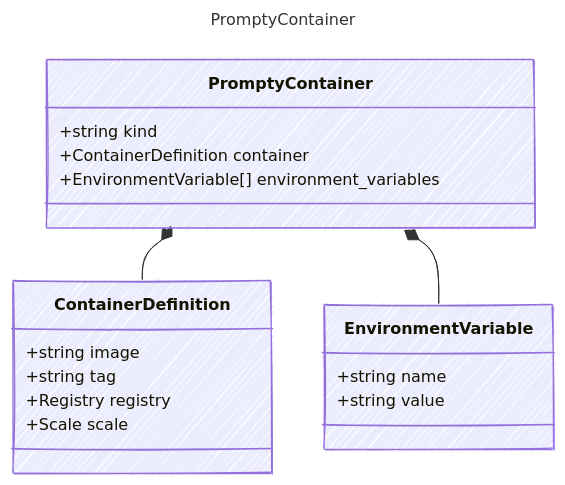
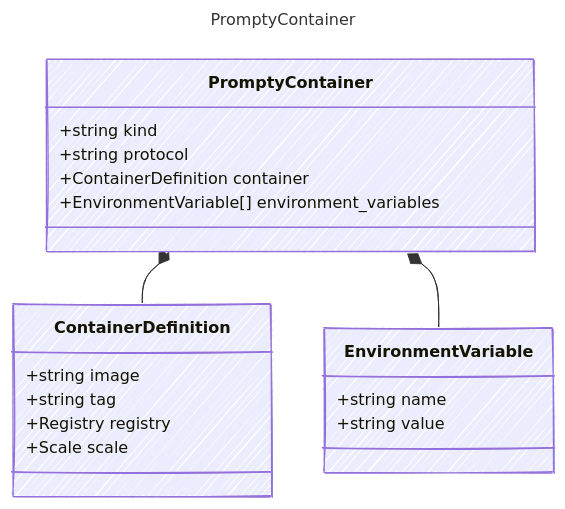
The diagram in specification/prompty/docs/PromptyContainer.md (microsoft/prompty), drawn with Mermaid before and after one commit. The commit also changed other lines of this file and 3 other files, not shown here.

````diff
--- a/specification/prompty/docs/PromptyContainer.md
+++ b/specification/prompty/docs/PromptyContainer.md
@@ -5,28 +5,29 @@
 ```mermaid
 ---
 title: PromptyContainer
 config:
   look: handDrawn
   theme: colorful
   class:
     hideEmptyMembersBox: true
 ---
 classDiagram
     class PromptyContainer {
         +string kind
+        +string protocol
         +ContainerDefinition container
         +EnvironmentVariable[] environment_variables
     }
     class ContainerDefinition {
         +string image
         +string tag
         +Registry registry
         +Scale scale
     }
     PromptyContainer *-- ContainerDefinition
     class EnvironmentVariable {
         +string name
         +string value
     }
     PromptyContainer *-- EnvironmentVariable
 ```
````
